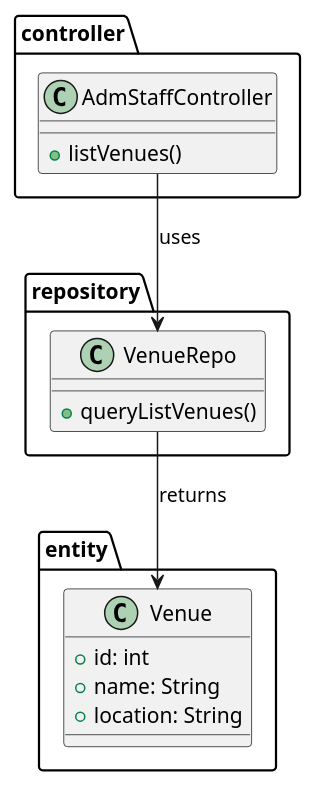
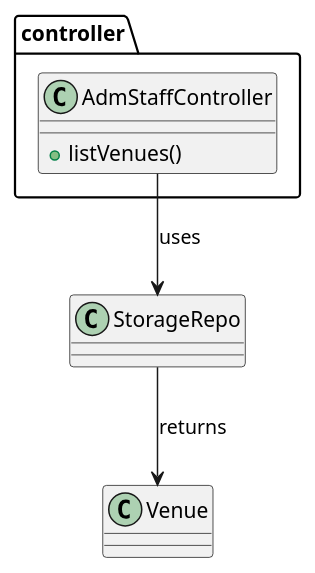
One commit to iamSlightlyWind/Legacy changed the second of 2 diagrams in SWD392/class_diagrams/46_list_venue.puml. Above: the diagram before and after it, drawn with PlantUML. The commit also changed 34 other files, not shown here.

Commit message:
SWD392: Class Diagrams: Fixed Code Package missmatch

```diff
--- a/SWD392/class_diagrams/46_list_venue.puml
+++ b/SWD392/class_diagrams/46_list_venue.puml
@@ -26,24 +36,10 @@
 @startuml
 package controller {
     class AdmStaffController {
         +listVenues()
     }
 }
 
-package repository {
-    class VenueRepo {
-        +queryListVenues()
-    }
-}
-
-package entity {
-    class Venue {
-        +id: int
-        +name: String
-        +location: String
-    }
-}
-
-AdmStaffController --> VenueRepo : uses
-VenueRepo --> Venue : returns
+AdmStaffController --> StorageRepo : uses
+StorageRepo --> Venue : returns
 @enduml
```
